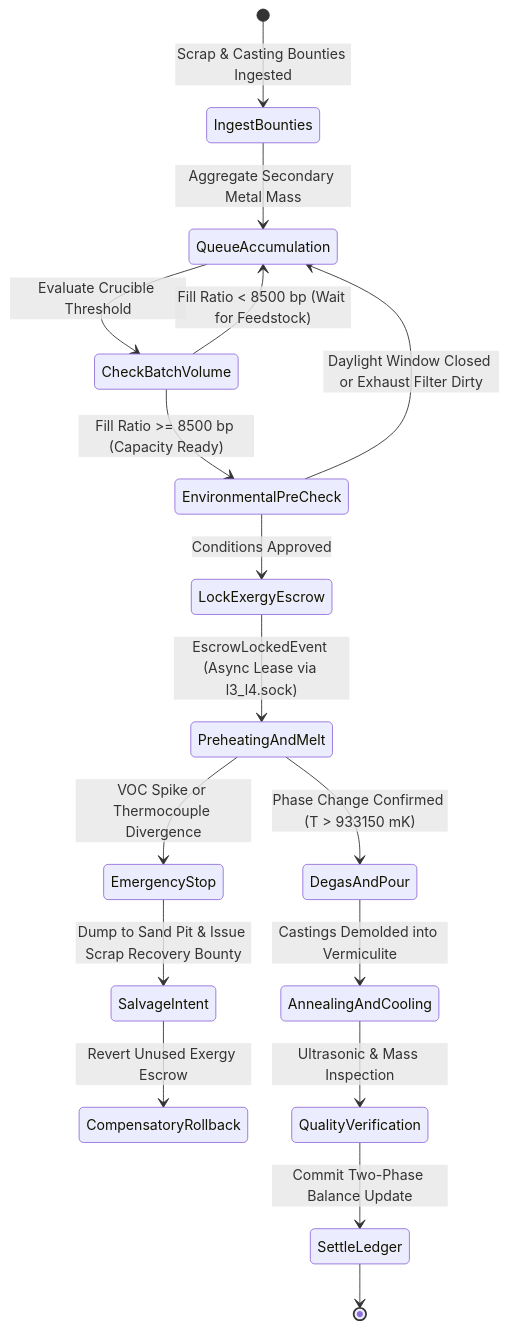
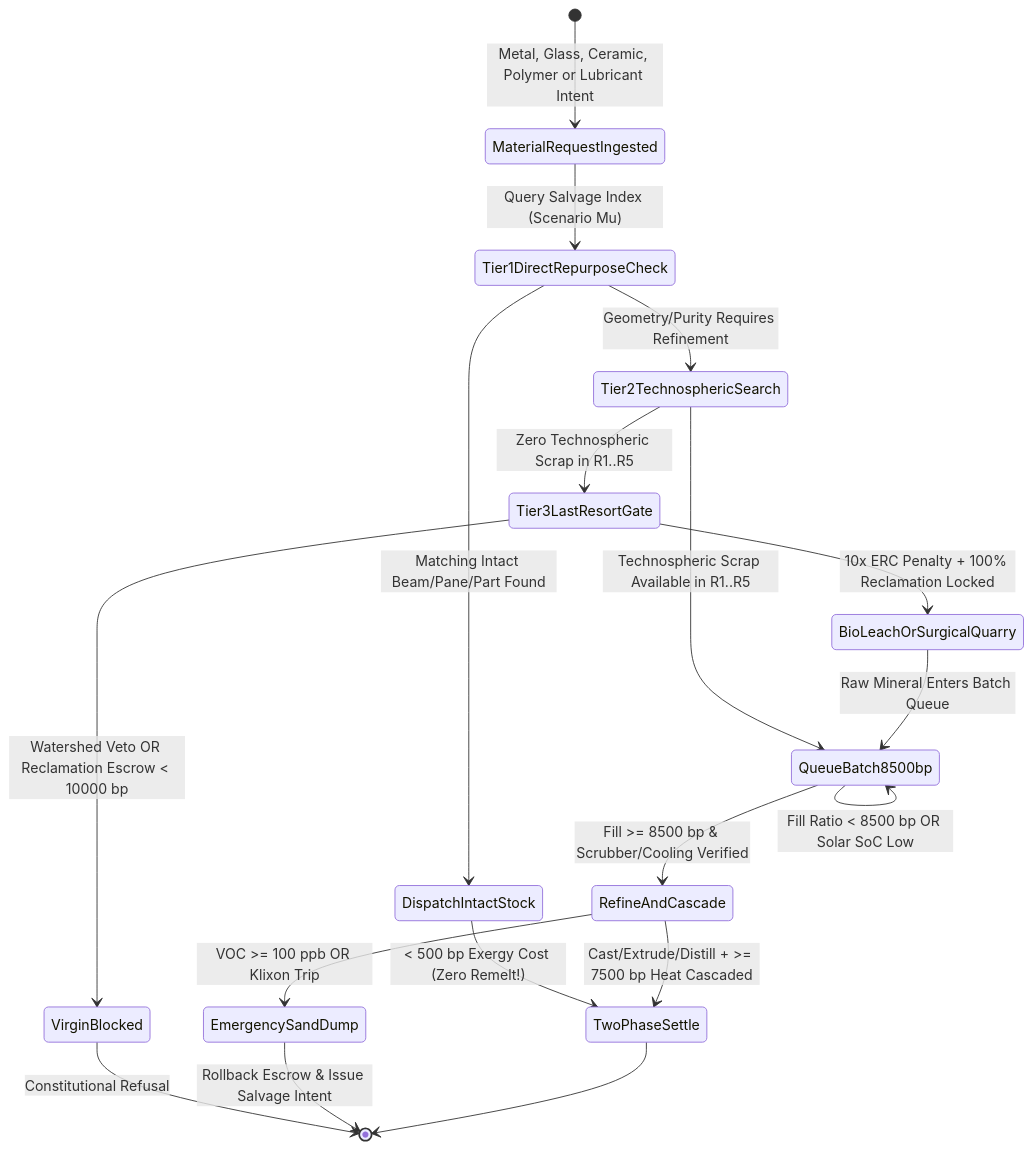
Before and after one commit to raffaine/collective: the second of 2 diagrams in docs/scenarios/theta_foundry.md, drawn with Mermaid. The commit also changed other lines of this file and 10 other files, not shown here.

````diff
--- a/docs/scenarios/theta_foundry.md
+++ b/docs/scenarios/theta_foundry.md
@@ -104,19 +159,23 @@
 ```mermaid
 stateDiagram-v2
-    [*] --> IngestBounties: Scrap & Casting Bounties Ingested
-    IngestBounties --> QueueAccumulation: Aggregate Secondary Metal Mass
-    QueueAccumulation --> CheckBatchVolume: Evaluate Crucible Threshold
-    CheckBatchVolume --> QueueAccumulation: Fill Ratio < 8500 bp (Wait for Feedstock)
-    CheckBatchVolume --> EnvironmentalPreCheck: Fill Ratio >= 8500 bp (Capacity Ready)
-    EnvironmentalPreCheck --> QueueAccumulation: Daylight Window Closed or Exhaust Filter Dirty
-    EnvironmentalPreCheck --> LockExergyEscrow: Conditions Approved
-    LockExergyEscrow --> PreheatingAndMelt: EscrowLockedEvent (Async Lease via l3_l4.sock)
-    PreheatingAndMelt --> EmergencyStop: VOC Spike or Thermocouple Divergence
-    EmergencyStop --> SalvageIntent: Dump to Sand Pit & Issue Scrap Recovery Bounty
-    SalvageIntent --> CompensatoryRollback: Revert Unused Exergy Escrow
-    PreheatingAndMelt --> DegasAndPour: Phase Change Confirmed (T > 933150 mK)
-    DegasAndPour --> AnnealingAndCooling: Castings Demolded into Vermiculite
-    AnnealingAndCooling --> QualityVerification: Ultrasonic & Mass Inspection
-    QualityVerification --> SettleLedger: Commit Two-Phase Balance Update
-    SettleLedger --> [*]
+    [*] --> MaterialRequestIngested: Metal, Glass, Ceramic, Polymer or Lubricant Intent
+    MaterialRequestIngested --> Tier1DirectRepurposeCheck: Query Salvage Index (Scenario Mu)
+    Tier1DirectRepurposeCheck --> DispatchIntactStock: Matching Intact Beam/Pane/Part Found
+    DispatchIntactStock --> TwoPhaseSettle: < 500 bp Exergy Cost (Zero Remelt!)
+
+    Tier1DirectRepurposeCheck --> Tier2TechnosphericSearch: Geometry/Purity Requires Refinement
+    Tier2TechnosphericSearch --> QueueBatch8500bp: Technospheric Scrap Available in R1..R5
+    Tier2TechnosphericSearch --> Tier3LastResortGate: Zero Technospheric Scrap in R1..R5
+
+    Tier3LastResortGate --> VirginBlocked: Watershed Veto OR Reclamation Escrow < 10000 bp
+    VirginBlocked --> [*]: Constitutional Refusal
+    Tier3LastResortGate --> BioLeachOrSurgicalQuarry: 10x ERC Penalty + 100% Reclamation Locked
+    BioLeachOrSurgicalQuarry --> QueueBatch8500bp: Raw Mineral Enters Batch Queue
+
+    QueueBatch8500bp --> QueueBatch8500bp: Fill Ratio < 8500 bp OR Solar SoC Low
+    QueueBatch8500bp --> RefineAndCascade: Fill >= 8500 bp & Scrubber/Cooling Verified
+    RefineAndCascade --> EmergencySandDump: VOC >= 100 ppb OR Klixon Trip
+    EmergencySandDump --> [*]: Rollback Escrow & Issue Salvage Intent
+    RefineAndCascade --> TwoPhaseSettle: Cast/Extrude/Distill + >= 7500 bp Heat Cascaded
+    TwoPhaseSettle --> [*]
 ```
````
